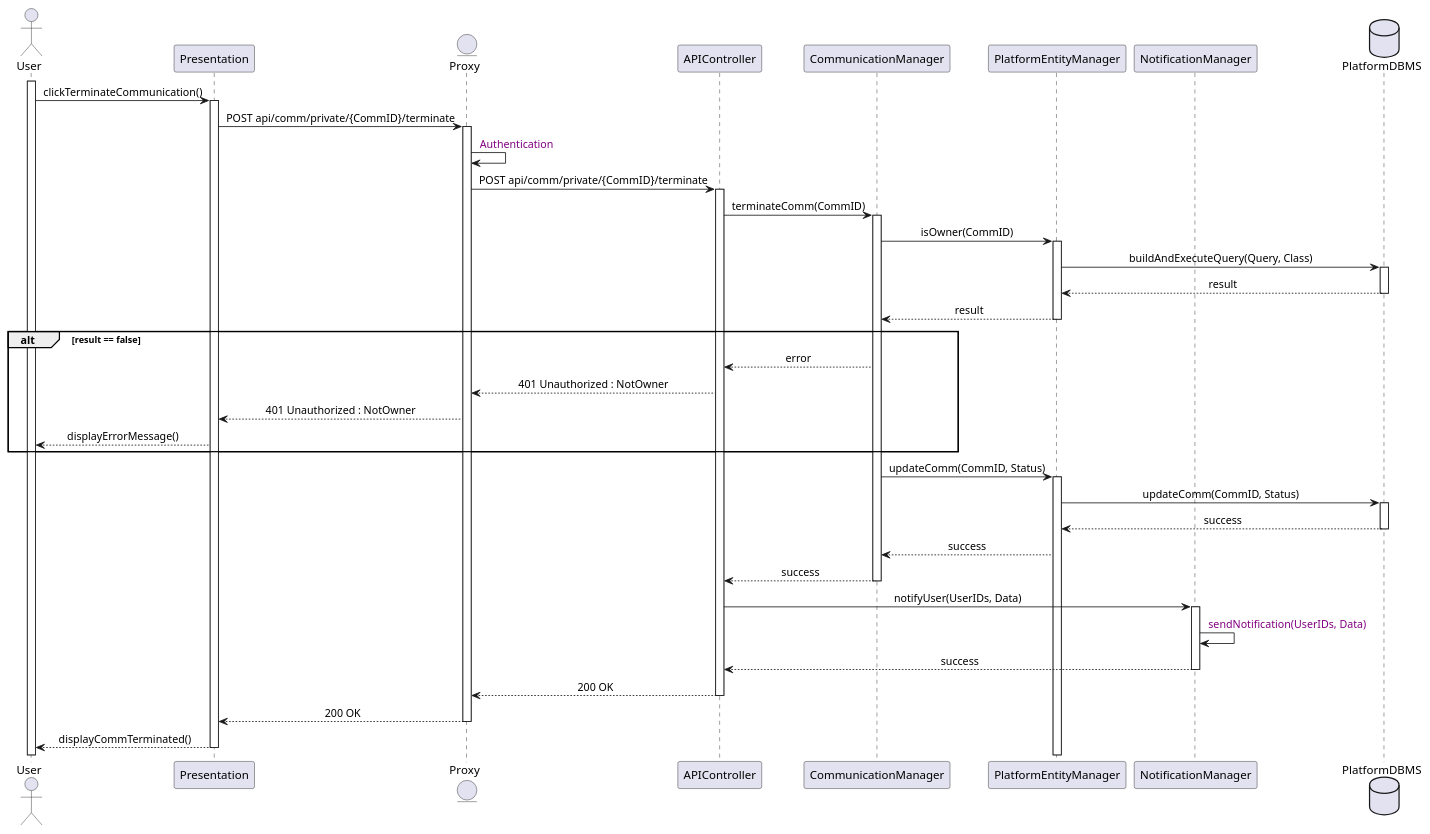
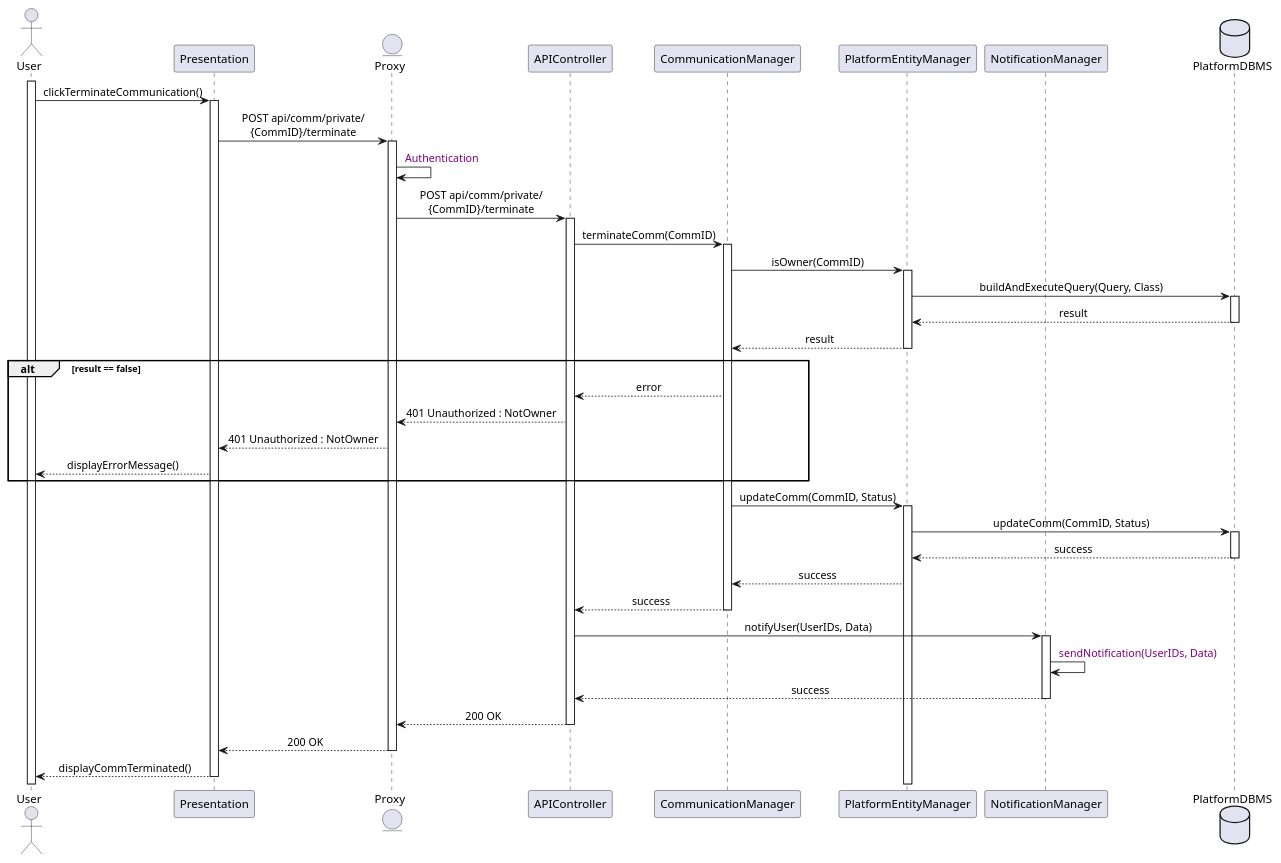
One commit to Slaitroc/RicciPaoliGrisoni changed the diagram in Diagrams/SequenceDiagrams/DD/20UserTerminatesCommunication.wsd. Above: the diagram before and after it, drawn with PlantUML.

Commit message:
Update User Terminates Communication Sequence Diagram for improved readability in API call formatting

```diff
--- a/Diagrams/SequenceDiagrams/DD/20UserTerminatesCommunication.wsd
+++ b/Diagrams/SequenceDiagrams/DD/20UserTerminatesCommunication.wsd
@@ -1,57 +1,57 @@
 @startuml
 skinparam sequenceMessageAlign center
 
 actor User
 participant Presentation
 entity Proxy
 participant APIController
 participant CommunicationManager
 participant PlatformEntityManager
 participant NotificationManager
 database PlatformDBMS
 
 activate User
 User -> Presentation : clickTerminateCommunication()
 activate Presentation
-Presentation -> Proxy : POST api/comm/private/{CommID}/terminate
+Presentation -> Proxy : POST api/comm/private/\n{CommID}/terminate
 activate Proxy
 Proxy -> Proxy : <color:purple> Authentication
-Proxy -> APIController : POST api/comm/private/{CommID}/terminate
+Proxy -> APIController : POST api/comm/private/\n{CommID}/terminate
 activate APIController
 APIController -> CommunicationManager : terminateComm(CommID)
 activate CommunicationManager
 CommunicationManager -> PlatformEntityManager : isOwner(CommID)
 activate PlatformEntityManager
 PlatformEntityManager -> PlatformDBMS : buildAndExecuteQuery(Query, Class)
 activate PlatformDBMS
 PlatformDBMS --> PlatformEntityManager : result
 deactivate PlatformDBMS
 PlatformEntityManager --> CommunicationManager : result
 deactivate PlatformEntityManager
 alt result == false
 CommunicationManager --> APIController : error
 APIController --> Proxy : 401 Unauthorized : NotOwner
 Proxy --> Presentation : 401 Unauthorized : NotOwner
 Presentation --> User : displayErrorMessage()
 end
 CommunicationManager -> PlatformEntityManager : updateComm(CommID, Status)
 activate PlatformEntityManager
 PlatformEntityManager -> PlatformDBMS : updateComm(CommID, Status)
 activate PlatformDBMS
 PlatformDBMS --> PlatformEntityManager : success
 deactivate PlatformDBMS
 PlatformEntityManager --> CommunicationManager : success
 CommunicationManager --> APIController : success
 deactivate CommunicationManager
 APIController -> NotificationManager : notifyUser(UserIDs, Data)
 activate NotificationManager
 NotificationManager -> NotificationManager : <color:purple> sendNotification(UserIDs, Data)
 NotificationManager --> APIController : success
 deactivate NotificationManager
 APIController --> Proxy : 200 OK
 deactivate APIController
 Proxy --> Presentation : 200 OK
 deactivate Proxy
 Presentation --> User : displayCommTerminated()
 deactivate Presentation
 @enduml
```
